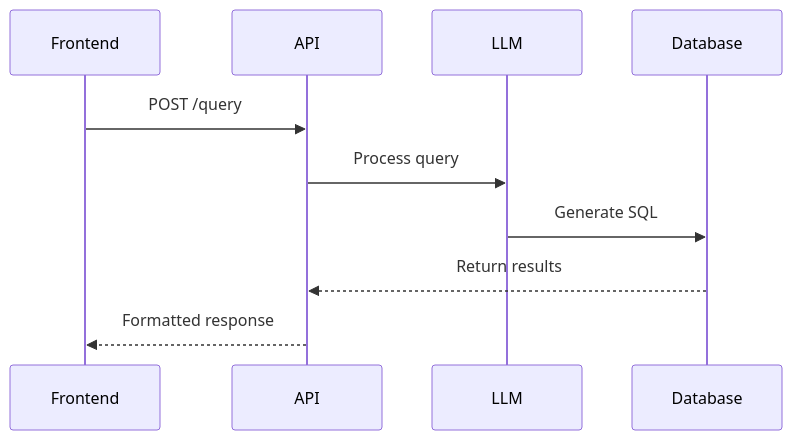
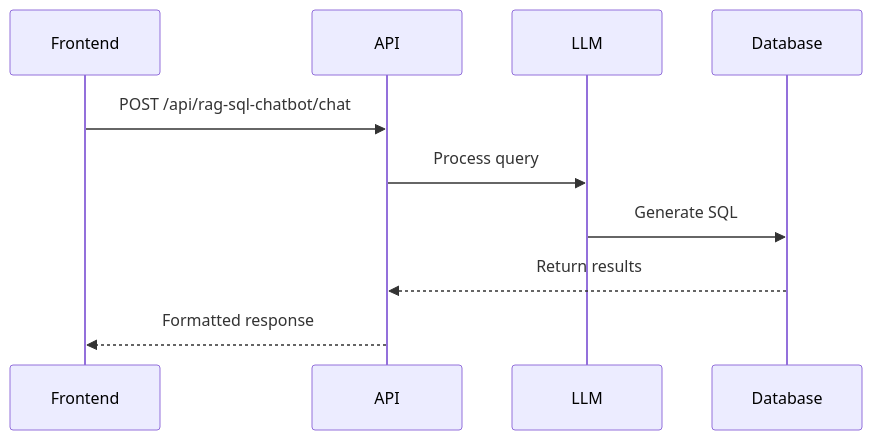
Before and after one commit to djpapzin/malawi-rag-sql-chatbot: the diagram in docs/API_USAGE.md, drawn with Mermaid. The commit also changed other lines of this file and 9 other files, not shown here.

````diff
--- a/docs/API_USAGE.md
+++ b/docs/API_USAGE.md
@@ -94,8 +115,8 @@
 ```mermaid
 sequenceDiagram
-    Frontend->>API: POST /query
+    Frontend->>API: POST /api/rag-sql-chatbot/chat
     API->>LLM: Process query
     LLM->>Database: Generate SQL
     Database-->>API: Return results
     API-->>Frontend: Formatted response
 ```
````
